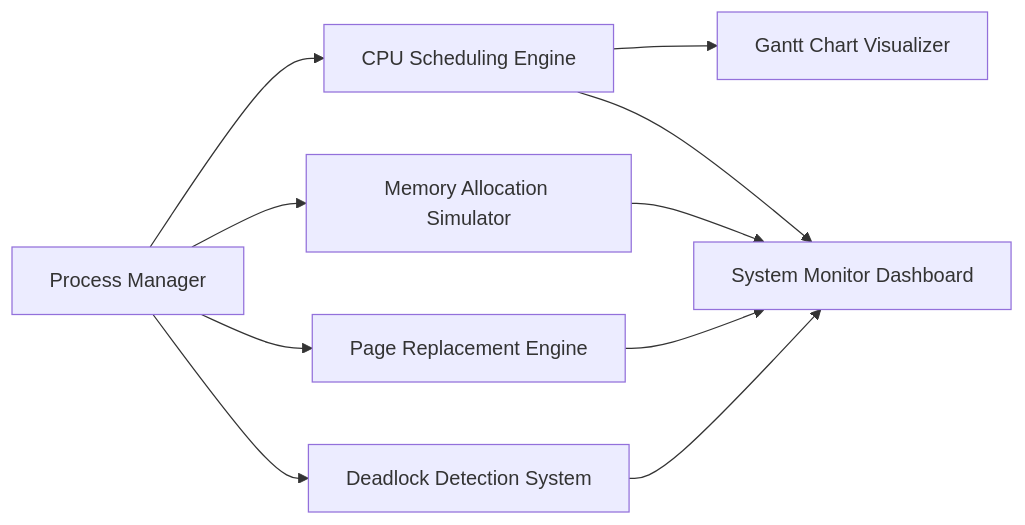
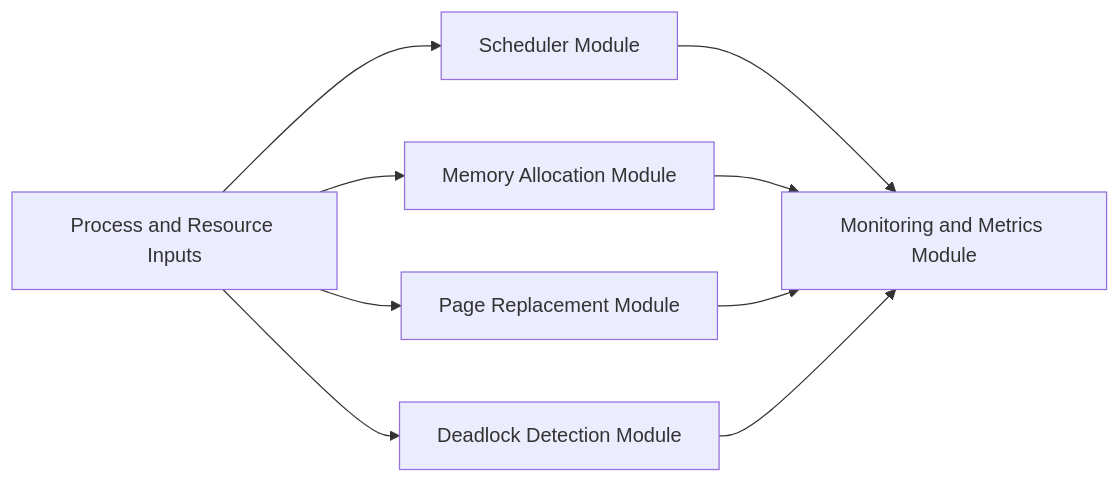
Before and after one commit to ramalokeshreddyp/KernelCanvas: the second of 6 diagrams in architecture.md, drawn with Mermaid. The commit also changed other lines of this file and 51 other files, not shown here.

````diff
--- a/architecture.md
+++ b/architecture.md
@@ -62,12 +59,18 @@
 ```mermaid
 flowchart LR
-  PM[Process Manager] --> SCH[CPU Scheduling Engine]
-  SCH --> GANTT[Gantt Chart Visualizer]
-  PM --> MEM[Memory Allocation Simulator]
-  PM --> PAG[Page Replacement Engine]
-  PM --> DL[Deadlock Detection System]
-  SCH --> MON[System Monitor Dashboard]
+  INPUT[Process and Resource Inputs]
+  SCH[Scheduler Module]
+  MEM[Memory Allocation Module]
+  PAG[Page Replacement Module]
+  DLD[Deadlock Detection Module]
+  MON[Monitoring and Metrics Module]
+
+  INPUT --> SCH
+  INPUT --> MEM
+  INPUT --> PAG
+  INPUT --> DLD
+  SCH --> MON
   MEM --> MON
   PAG --> MON
-  DL --> MON
+  DLD --> MON
 ```
````
